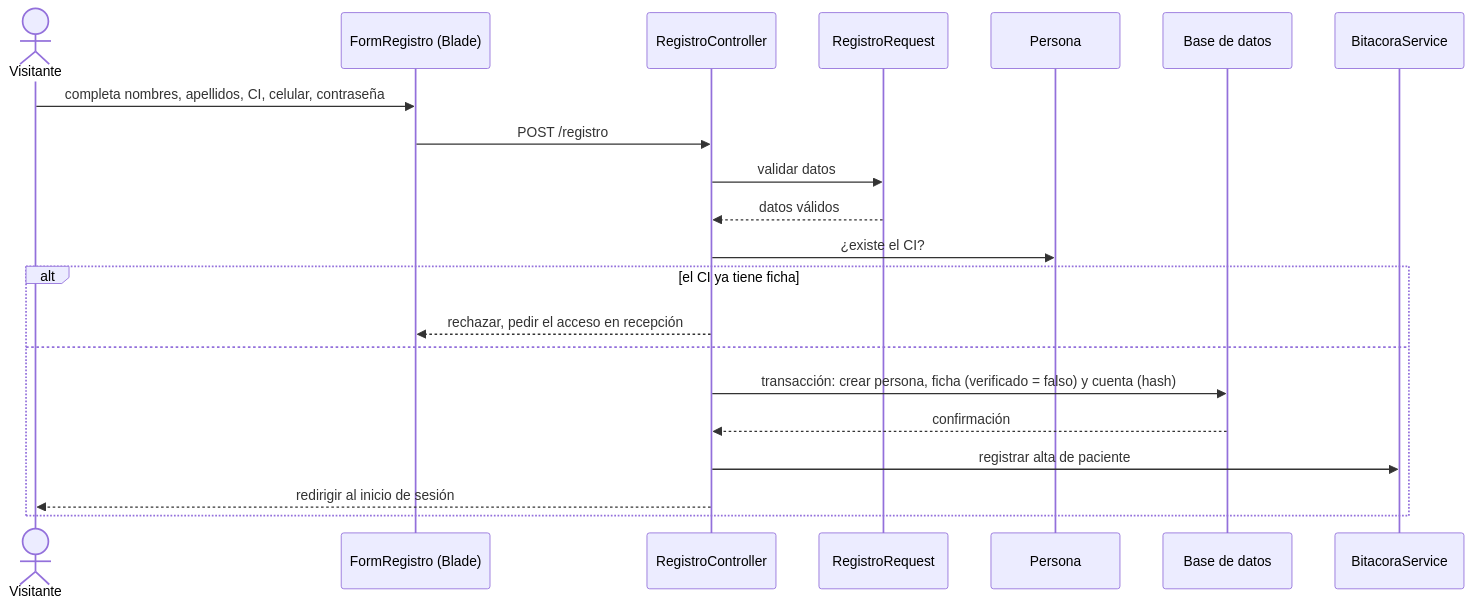
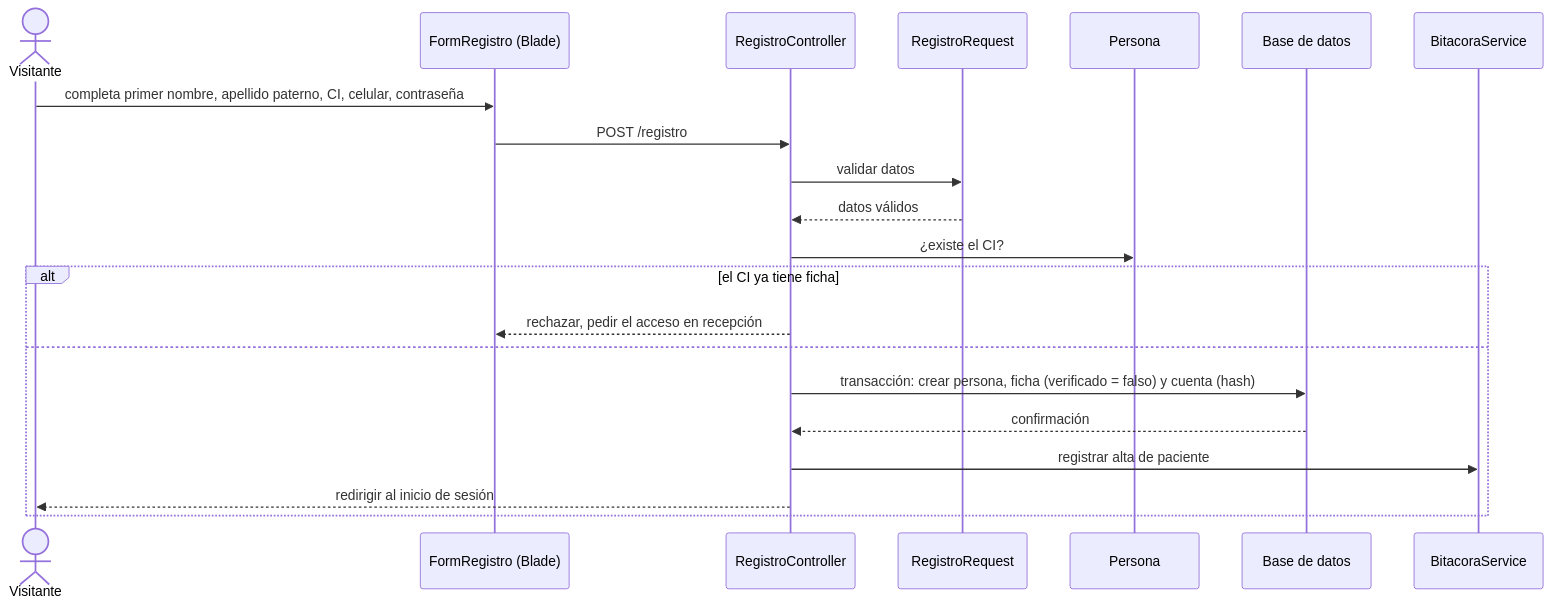
Diagram 12 of 14 in documento/Informe-Final.md (Einarpd26/2do-examen-ing-requisitos), drawn with Mermaid before and after one commit. The commit also changed other lines of this file, not shown here.

Commit message:
docs(informe): reflejar el nombre atomico de la persona en casos de uso, clases y modelo de datos

````diff
--- a/documento/Informe-Final.md
+++ b/documento/Informe-Final.md
@@ -861,24 +864,24 @@
 ```mermaid
 sequenceDiagram
     actor V as Visitante
     participant F as FormRegistro (Blade)
     participant C as RegistroController
     participant R as RegistroRequest
     participant P as Persona
     participant D as Base de datos
     participant B as BitacoraService
 
-    V->>F: completa nombres, apellidos, CI, celular, contraseña
+    V->>F: completa primer nombre, apellido paterno, CI, celular, contraseña
     F->>C: POST /registro
     C->>R: validar datos
     R-->>C: datos válidos
     C->>P: ¿existe el CI?
     alt el CI ya tiene ficha
         C-->>F: rechazar, pedir el acceso en recepción
     else
         C->>D: transacción: crear persona, ficha (verificado = falso) y cuenta (hash)
         D-->>C: confirmación
         C->>B: registrar alta de paciente
         C-->>V: redirigir al inicio de sesión
     end
 ```
````
